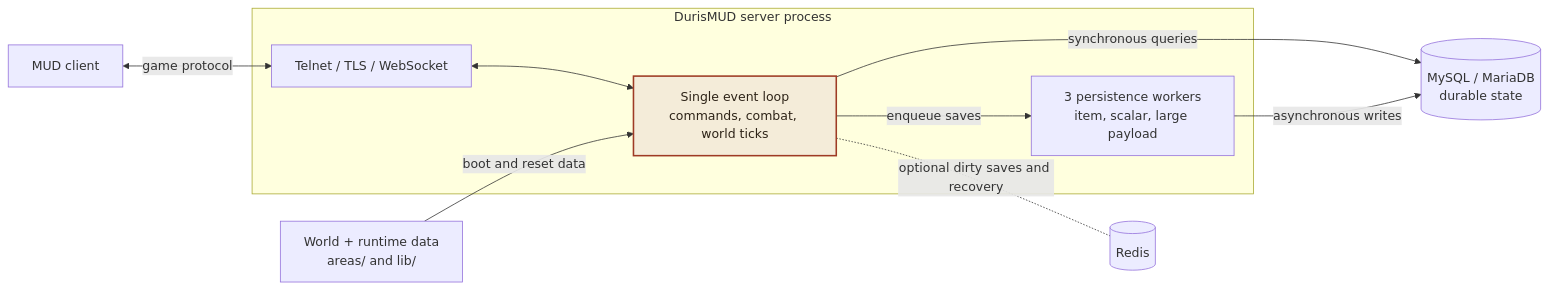
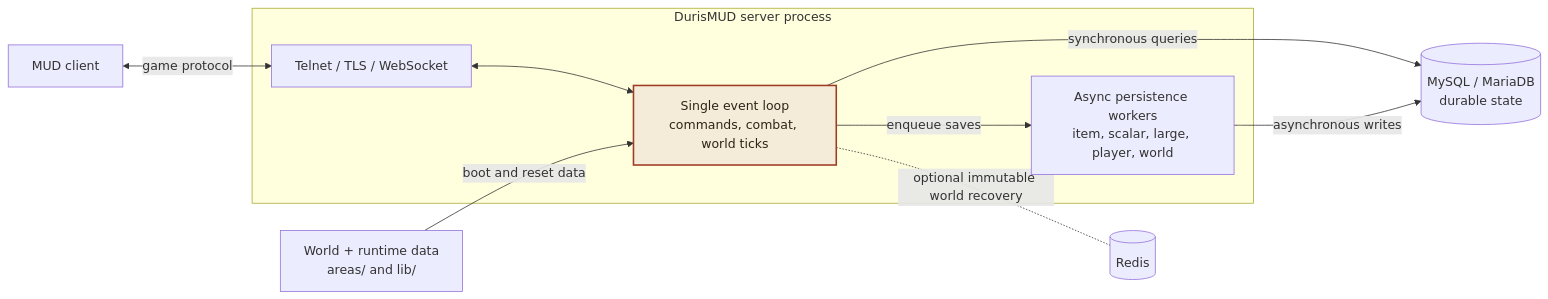
Before and after one commit to Community-Duris/Duris: the diagram in README.md, drawn with Mermaid. The commit also changed other lines of this file and 26 other files, not shown here.

````diff
--- a/README.md
+++ b/README.md
@@ -29,23 +29,23 @@
 ```mermaid
 flowchart LR
     Player["MUD client"]
 
     subgraph Server["DurisMUD server process"]
         Network["Telnet / TLS / WebSocket"]
         Loop["Single event loop<br/>commands, combat, world ticks"]
-        Workers["3 persistence workers<br/>item, scalar, large payload"]
+        Workers["Async persistence workers<br/>item, scalar, large, player, world"]
 
         Network <--> Loop
         Loop -->|enqueue saves| Workers
     end
 
     Content["World + runtime data<br/>areas/ and lib/"]
     Content -->|boot and reset data| Loop
     Loop -->|synchronous queries| Database[("MySQL / MariaDB<br/>durable state")]
     Workers -->|asynchronous writes| Database
-    Loop -.-|optional dirty saves and recovery| Redis[("Redis")]
+    Loop -.-|optional immutable world recovery| Redis[("Redis")]
     Player <-->|game protocol| Network
 
     classDef focal fill:#f4ecd9,stroke:#9e3b25,color:#2e2418,stroke-width:2px;
     class Loop focal;
 ```
````
